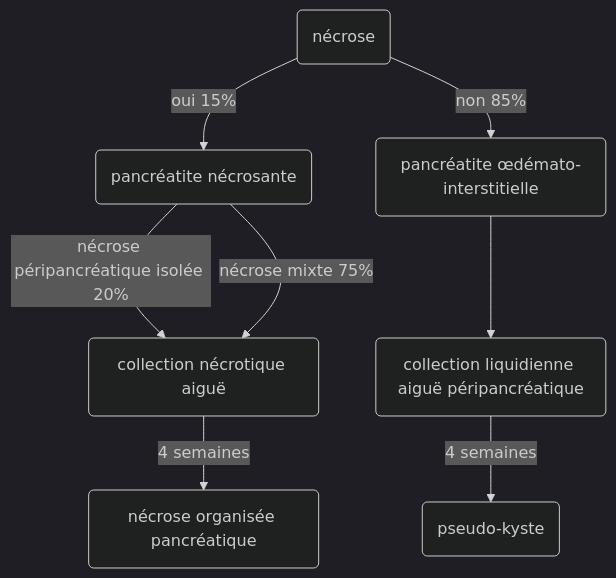
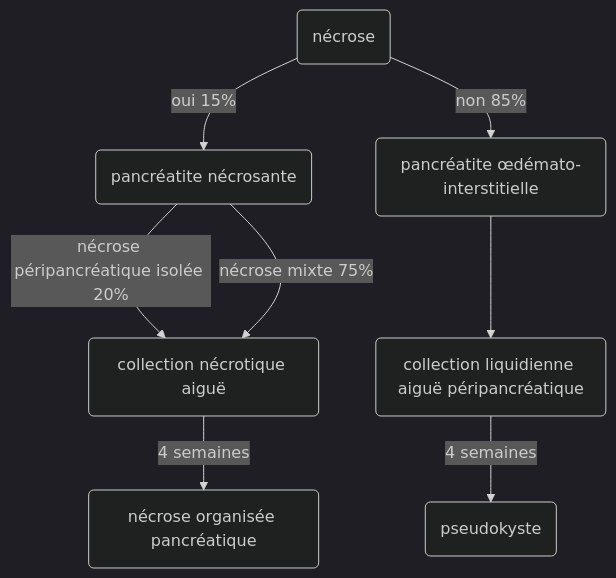
Before and after one commit to drlefevre/drlef: the first of 5 diagrams in docs/dig/pancréas.md, drawn with Mermaid (dark theme). The commit also changed other lines of this file and 4 other files, not shown here.

````diff
--- a/docs/dig/pancréas.md
+++ b/docs/dig/pancréas.md
@@ -8,11 +8,11 @@
     ``` mermaid
     flowchart TD
         A(nécrose) -->|oui 15%| B(pancréatite nécrosante);
         B -->|nécrose péripancréatique isolée 20%| C(collection nécrotique aiguë);
         B -->|nécrose mixte 75%| C;
         C -->|4 semaines| D(nécrose organisée pancréatique);
 
         A -->|non 85%| F(pancréatite œdémato-interstitielle);
         F --> G(collection liquidienne aiguë péripancréatique);
-        G -->|4 semaines| H(pseudo-kyste);
+        G -->|4 semaines| H(pseudokyste);
     ```
````
